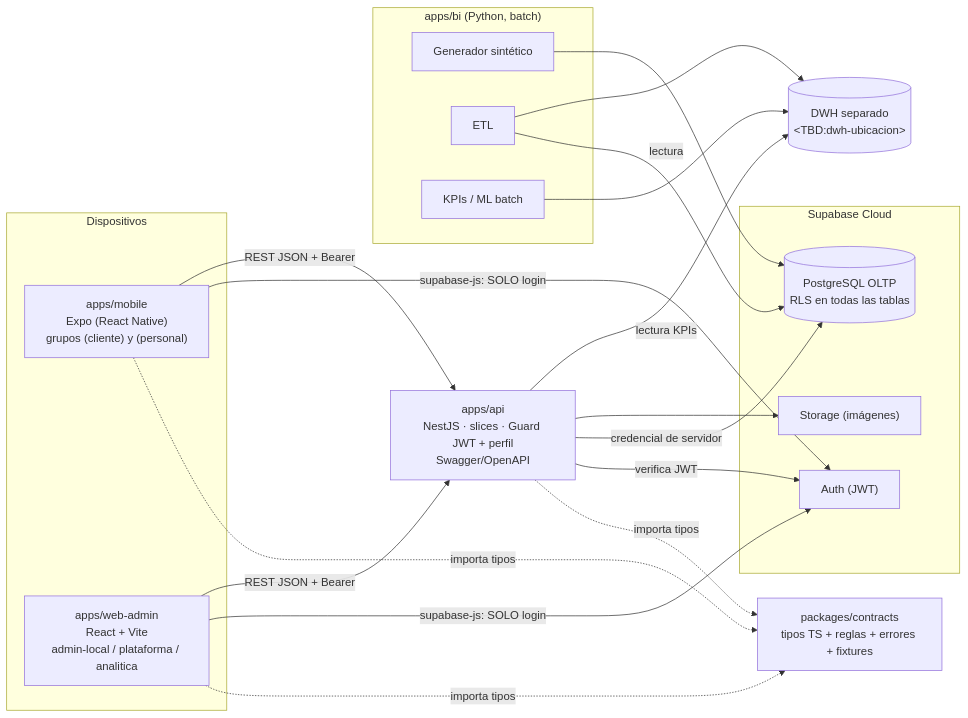
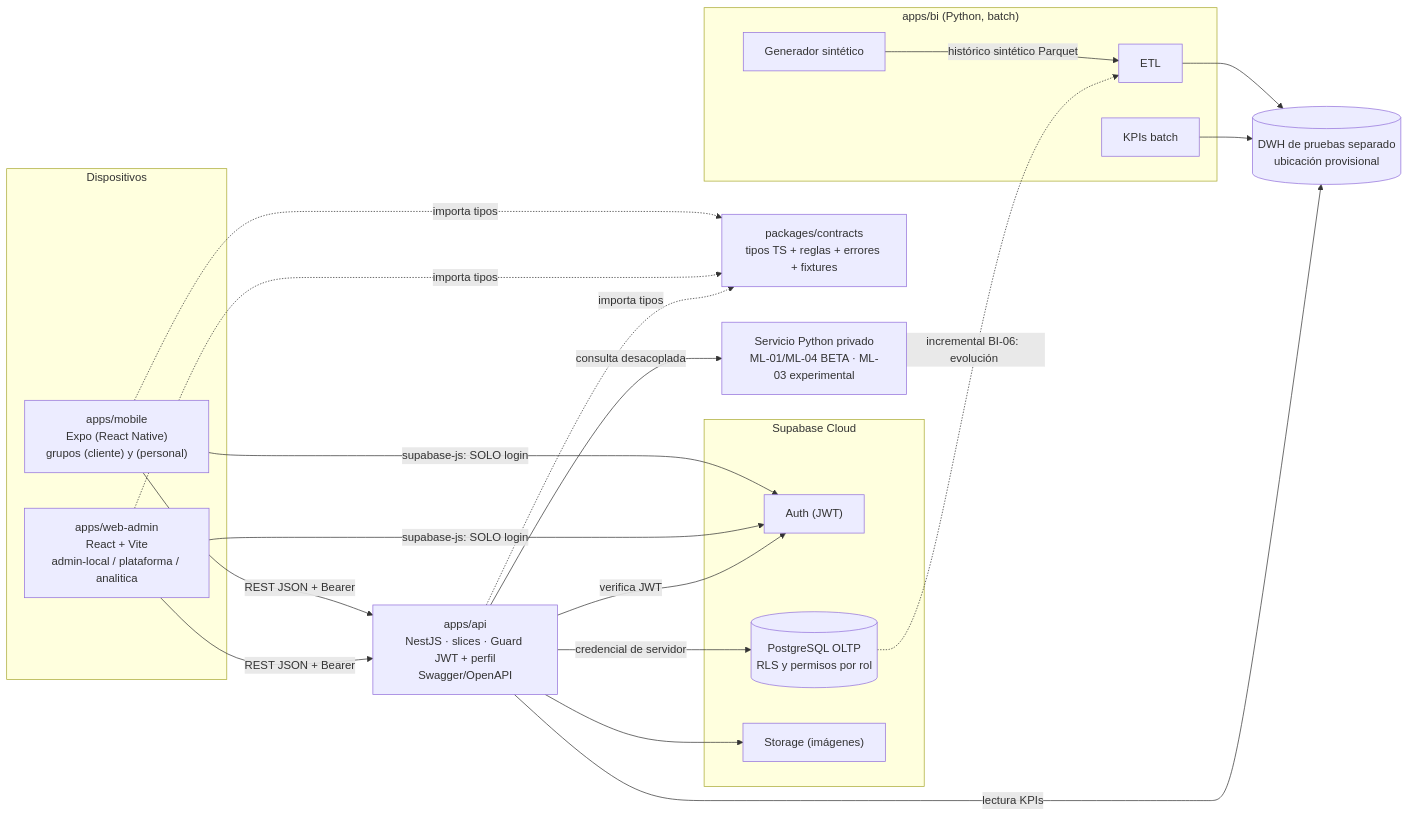
The second of 2 diagrams in FASE_2/Evidencias Proyecto/Evidencias de documentación/00BarMatchIA_MarcoAgil/05_diseno/01_arquitectura.md (DanGodfray/Proyecto_Capstone_Barmatch), drawn with Mermaid before and after one commit. The commit also changed other lines of this file and 26 other files, not shown here.

````diff
--- a/FASE_2/Evidencias Proyecto/Evidencias de documentación/00BarMatchIA_MarcoAgil/05_diseno/01_arquitectura.md
+++ b/FASE_2/Evidencias Proyecto/Evidencias de documentación/00BarMatchIA_MarcoAgil/05_diseno/01_arquitectura.md
@@ -34,36 +34,38 @@
 ```mermaid
 flowchart LR
   subgraph Dispositivos
     MOB["apps/mobile<br/>Expo (React Native)<br/>grupos (cliente) y (personal)"]
     WEB["apps/web-admin<br/>React + Vite<br/>admin-local / plataforma / analitica"]
   end
   CON["packages/contracts<br/>tipos TS + reglas + errores + fixtures"]
   API["apps/api<br/>NestJS · slices · Guard JWT + perfil<br/>Swagger/OpenAPI"]
   subgraph SB["Supabase Cloud"]
     AUTH["Auth (JWT)"]
-    PG[("PostgreSQL OLTP<br/>RLS en todas las tablas")]
+    PG[("PostgreSQL OLTP<br/>RLS y permisos por rol")]
     STO["Storage (imágenes)"]
   end
   subgraph BIZ["apps/bi (Python, batch)"]
     GEN["Generador sintético"]
     ETL["ETL"]
-    ML["KPIs / ML batch"]
+    ML["KPIs batch"]
   end
-  DWH[("DWH separado<br/>&lt;TBD:dwh-ubicacion&gt;")]
+  DWH[("DWH de pruebas separado<br/>ubicación provisional")]
 
   MOB -. "importa tipos" .-> CON
   WEB -. "importa tipos" .-> CON
   API -. "importa tipos" .-> CON
   MOB -- "supabase-js: SOLO login" --> AUTH
   WEB -- "supabase-js: SOLO login" --> AUTH
   MOB -- "REST JSON + Bearer" --> API
   WEB -- "REST JSON + Bearer" --> API
   API -- "verifica JWT" --> AUTH
   API -- "credencial de servidor" --> PG
   API --> STO
-  GEN --> PG
-  ETL -- "lectura" --> PG
+  GEN -->|"histórico sintético Parquet"| ETL
+  PG -. "incremental BI-06: evolución" .-> ETL
   ETL --> DWH
   ML --> DWH
   API -- "lectura KPIs" --> DWH
+  INT["Servicio Python privado<br/>ML-01/ML-04 BETA · ML-03 experimental"]
+  API -- "consulta desacoplada" --> INT
 ```
````
